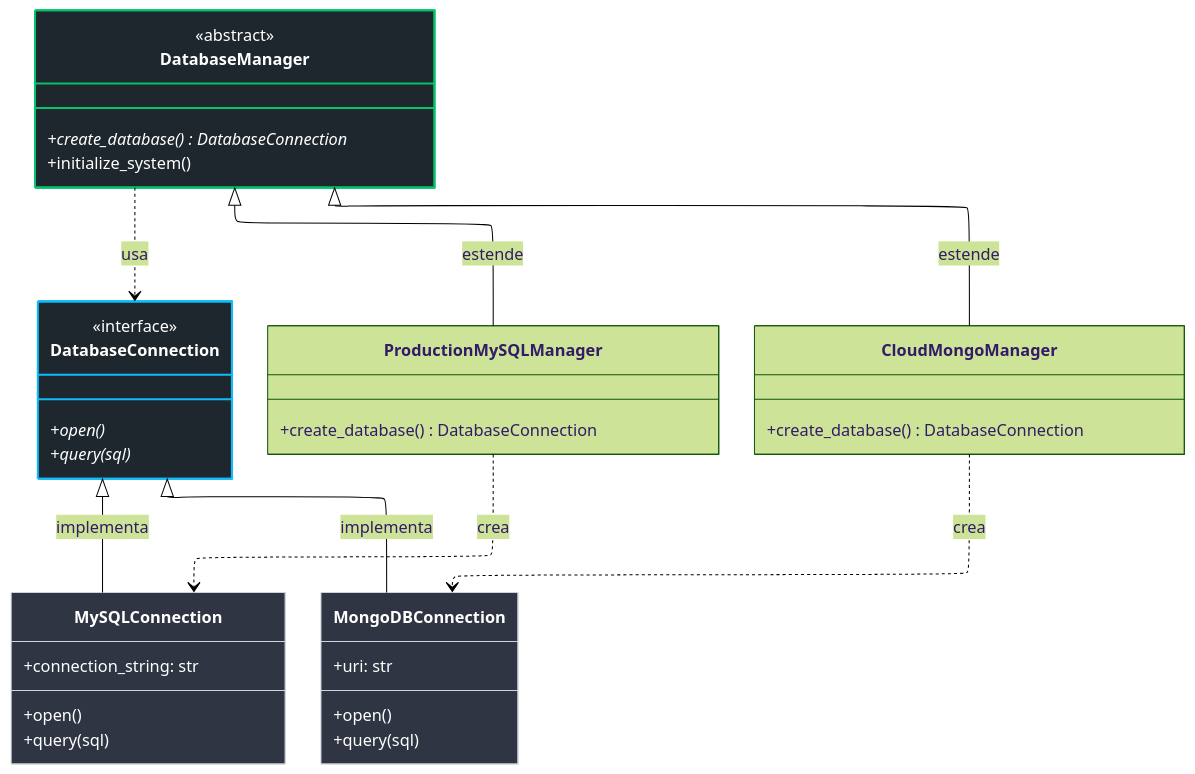
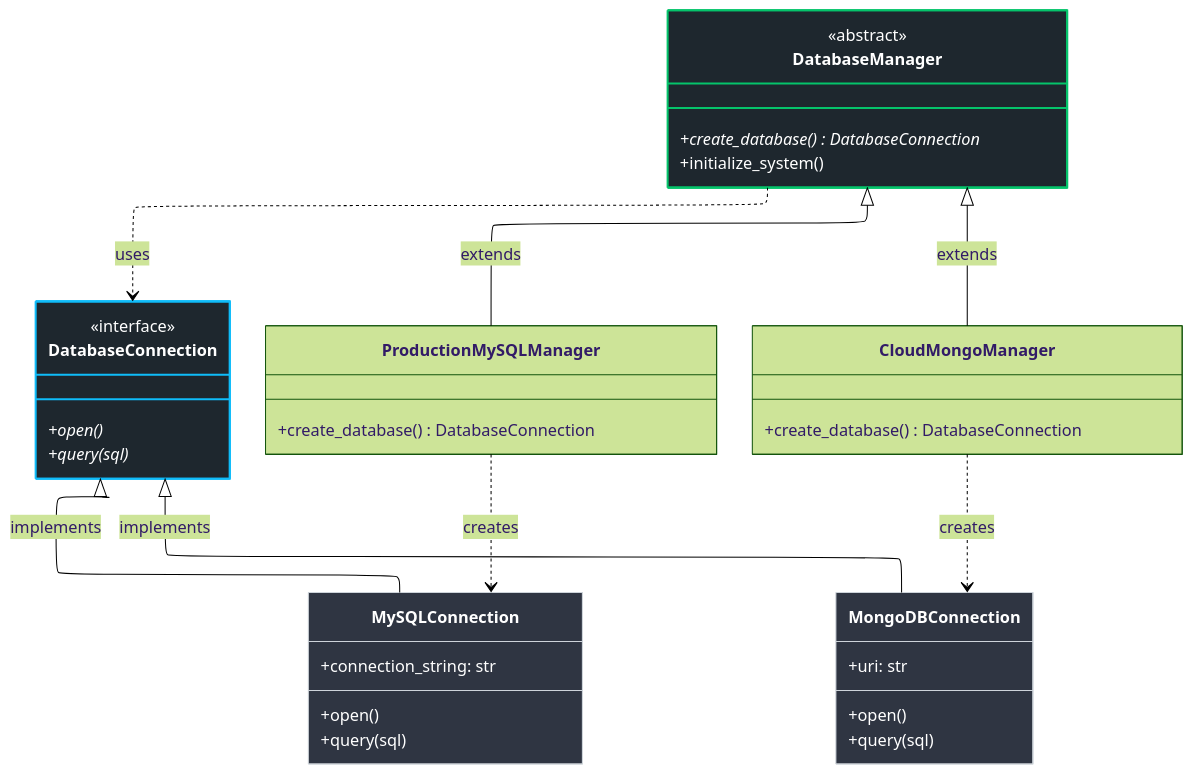
The second of 3 diagrams in 01_creational/factory/README.md (lucadileo9/design-pattern), drawn with Mermaid (forest theme) before and after one commit. The commit also changed other lines of this file and 43 other files, not shown here.

````diff
--- a/01_creational/factory/README.md
+++ b/01_creational/factory/README.md
@@ -92,52 +92,52 @@
 ```mermaid
 %%{init: {"layout": "elk"}}%%
 classDiagram
     direction TD
 
     %% Gerarchia PRODOTTI
     class DatabaseConnection {
         <<interface>>
         +open()*
         +query(sql)*
     }
     class MySQLConnection {
         +connection_string: str
         +open()
         +query(sql)
     }
     class MongoDBConnection {
         +uri: str
         +open()
         +query(sql)
     }
     
     %% Gerarchia CREATORI
     class DatabaseManager {
         <<abstract>>
         +create_database()* DatabaseConnection
         +initialize_system()
     }
     class ProductionMySQLManager {
         +create_database() DatabaseConnection
     }
     class CloudMongoManager {
         +create_database() DatabaseConnection
     }
 
     %% Relazioni di Ereditarietà
-    DatabaseConnection <|-- MySQLConnection : implementa
-    DatabaseConnection <|-- MongoDBConnection : implementa
-    DatabaseManager <|-- ProductionMySQLManager : estende
-    DatabaseManager <|-- CloudMongoManager : estende
+    DatabaseConnection <|-- MySQLConnection : implements
+    DatabaseConnection <|-- MongoDBConnection : implements
+    DatabaseManager <|-- ProductionMySQLManager : extends
+    DatabaseManager <|-- CloudMongoManager : extends
 
-    %% Relazione di Dipendenza e Creazione
-    DatabaseManager ..> DatabaseConnection : usa
-    ProductionMySQLManager ..> MySQLConnection : crea
-    CloudMongoManager ..> MongoDBConnection : crea
+    %% Dependency and Creation relationships
+    DatabaseManager ..> DatabaseConnection : uses
+    ProductionMySQLManager ..> MySQLConnection : creates
+    CloudMongoManager ..> MongoDBConnection : creates
 
     %% Styling
     style DatabaseConnection fill:#1e272e,stroke:#0fbcf9,stroke-width:2px,color:#fff
     style DatabaseManager fill:#1e272e,stroke:#05c46b,stroke-width:2px,color:#fff
     style MySQLConnection fill:#2f3542,stroke:#ced4da,color:#fff
     style MongoDBConnection fill:#2f3542,stroke:#ced4da,color:#fff
 ```
````
